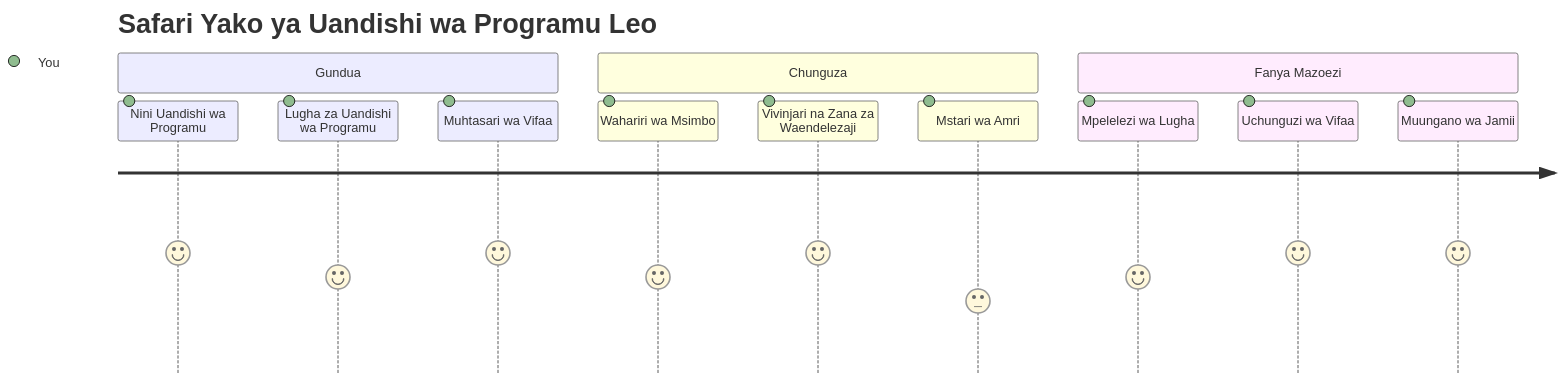
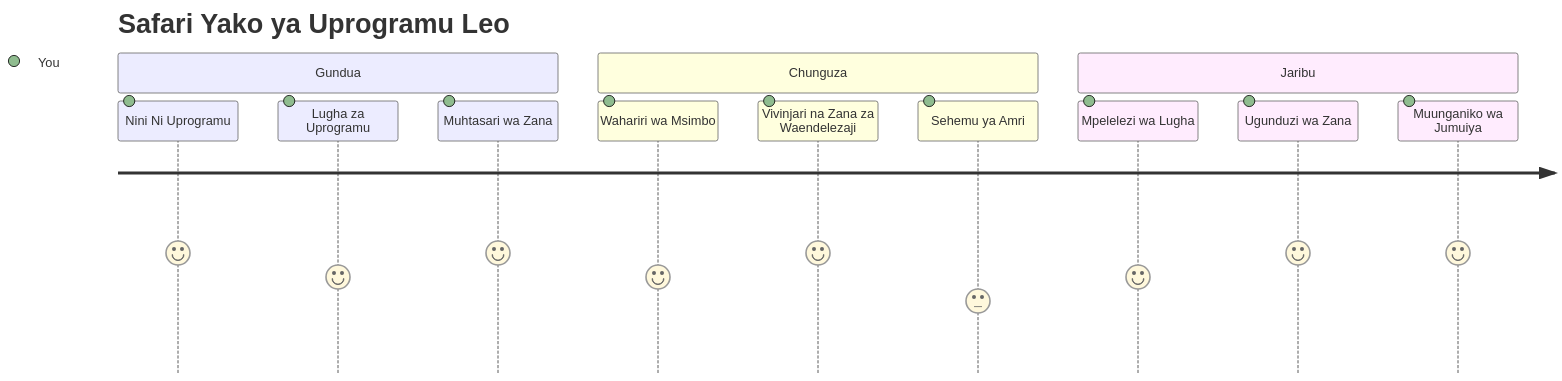
The first of 7 diagrams in translations/sw/1-getting-started-lessons/1-intro-to-programming-languages/README.md (microsoft/Web-Dev-For-Beginners), drawn with Mermaid before and after one commit. The commit also changed other lines of this file and 11 other files, not shown here.

````diff
--- a/translations/sw/1-getting-started-lessons/1-intro-to-programming-languages/README.md
+++ b/translations/sw/1-getting-started-lessons/1-intro-to-programming-languages/README.md
@@ -14,16 +14,16 @@
 ```mermaid
 journey
-    title Safari Yako ya Uandishi wa Programu Leo
+    title Safari Yako ya Uprogramu Leo
     section Gundua
-      Nini Uandishi wa Programu: 5: You
-      Lugha za Uandishi wa Programu: 4: You
-      Muhtasari wa Vifaa: 5: You
+      Nini Ni Uprogramu: 5: You
+      Lugha za Uprogramu: 4: You
+      Muhtasari wa Zana: 5: You
     section Chunguza
       Wahariri wa Msimbo: 4: You
       Vivinjari na Zana za Waendelezaji: 5: You
-      Mstari wa Amri: 3: You
-    section Fanya Mazoezi
+      Sehemu ya Amri: 3: You
+    section Jaribu
       Mpelelezi wa Lugha: 4: You
-      Uchunguzi wa Vifaa: 5: You
-      Muungano wa Jamii: 5: You
+      Ugunduzi wa Zana: 5: You
+      Muunganiko wa Jumuiya: 5: You
 ```
````
